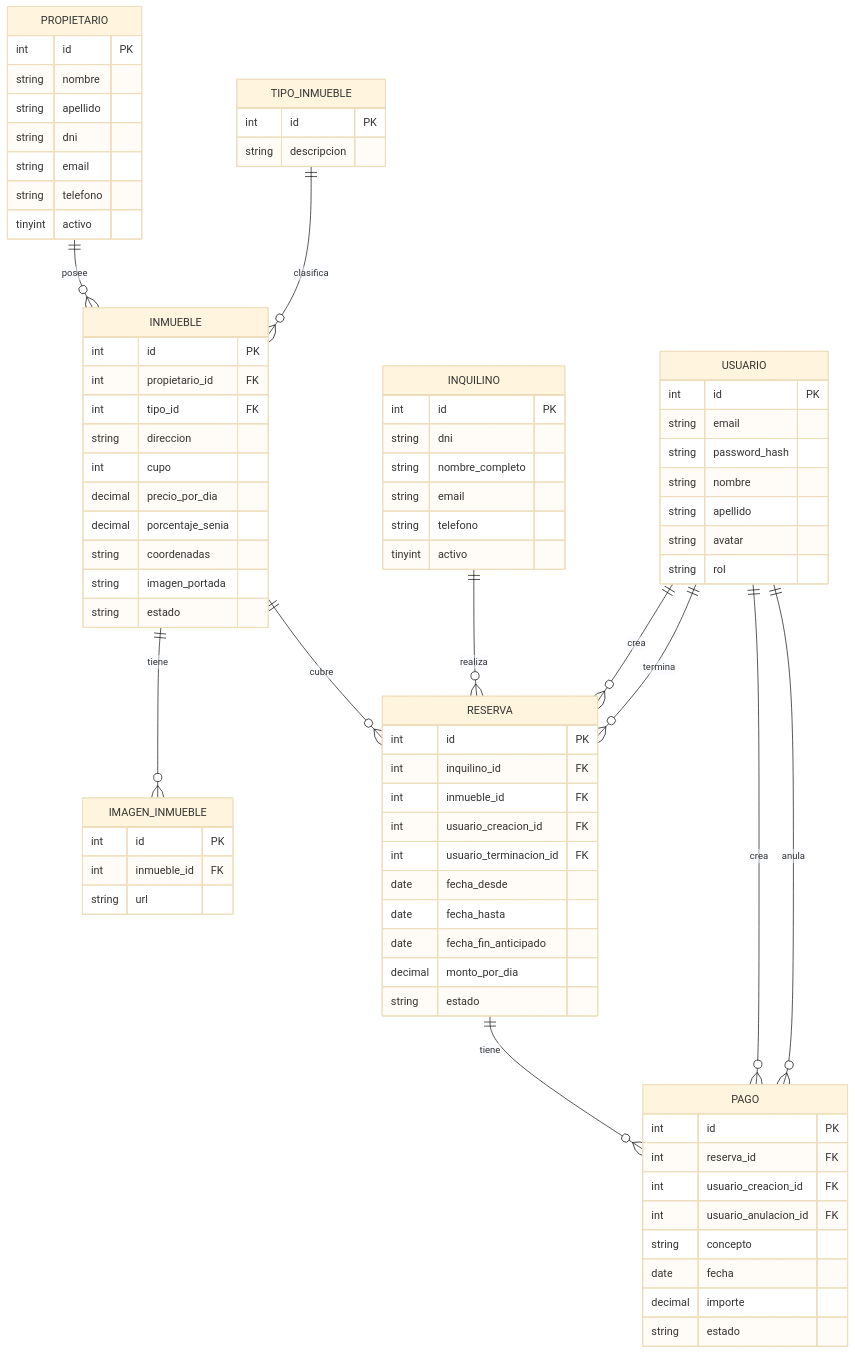
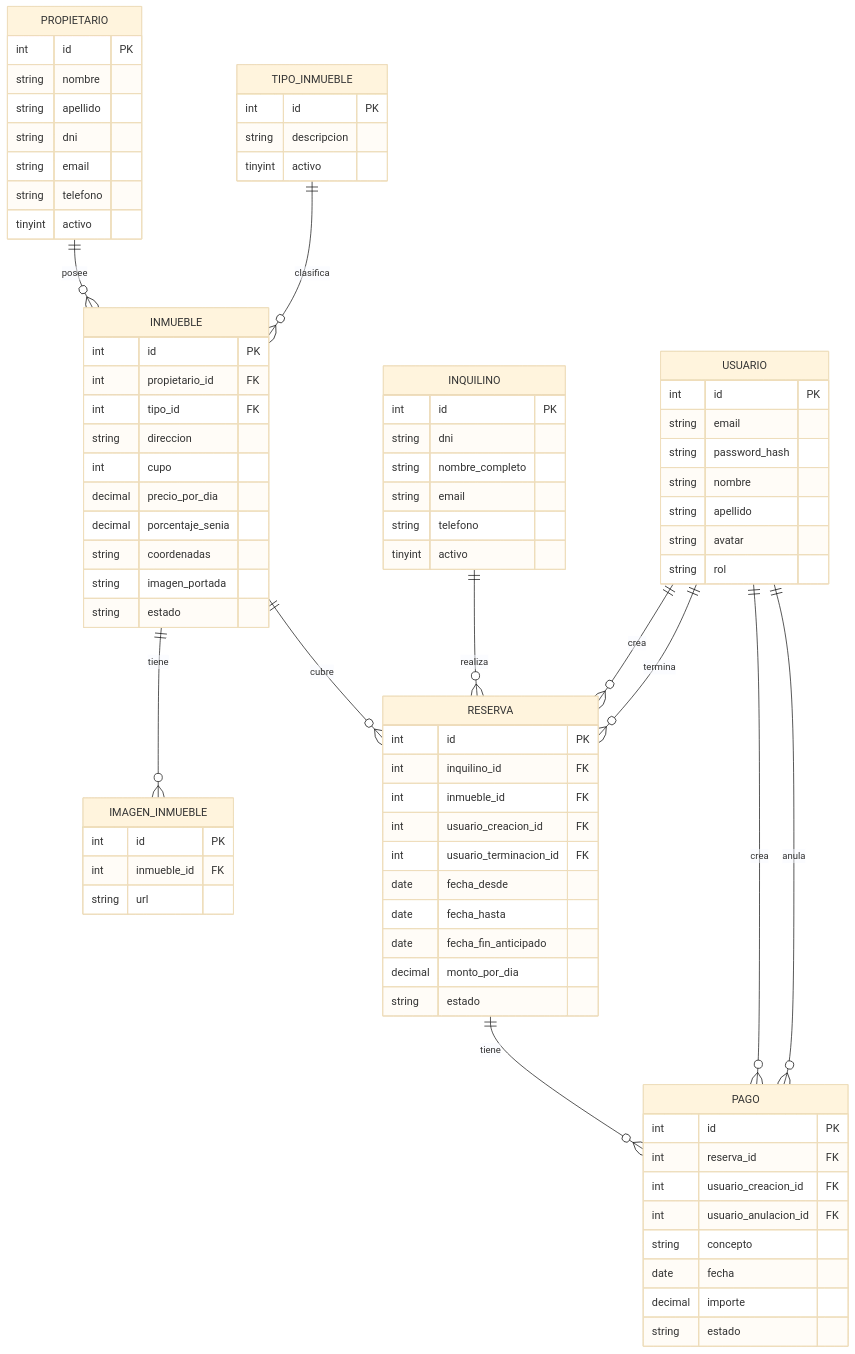
Before and after one commit to EmanuelAngel/inmobiliaria-angel: the diagram in docs/analisis/der.md, drawn with Mermaid (base theme). The commit also changed other lines of this file, not shown here.

Commit message:
docs(der): agregar campo `activo` a la tabla `TIPO_INMUEBLE` y justificar

```diff
--- a/docs/analisis/der.md
+++ b/docs/analisis/der.md
@@ -18,6 +18,7 @@
     TIPO_INMUEBLE {
         int id PK
         string descripcion
+        tinyint activo
     }
     INMUEBLE {
         int id PK
```
